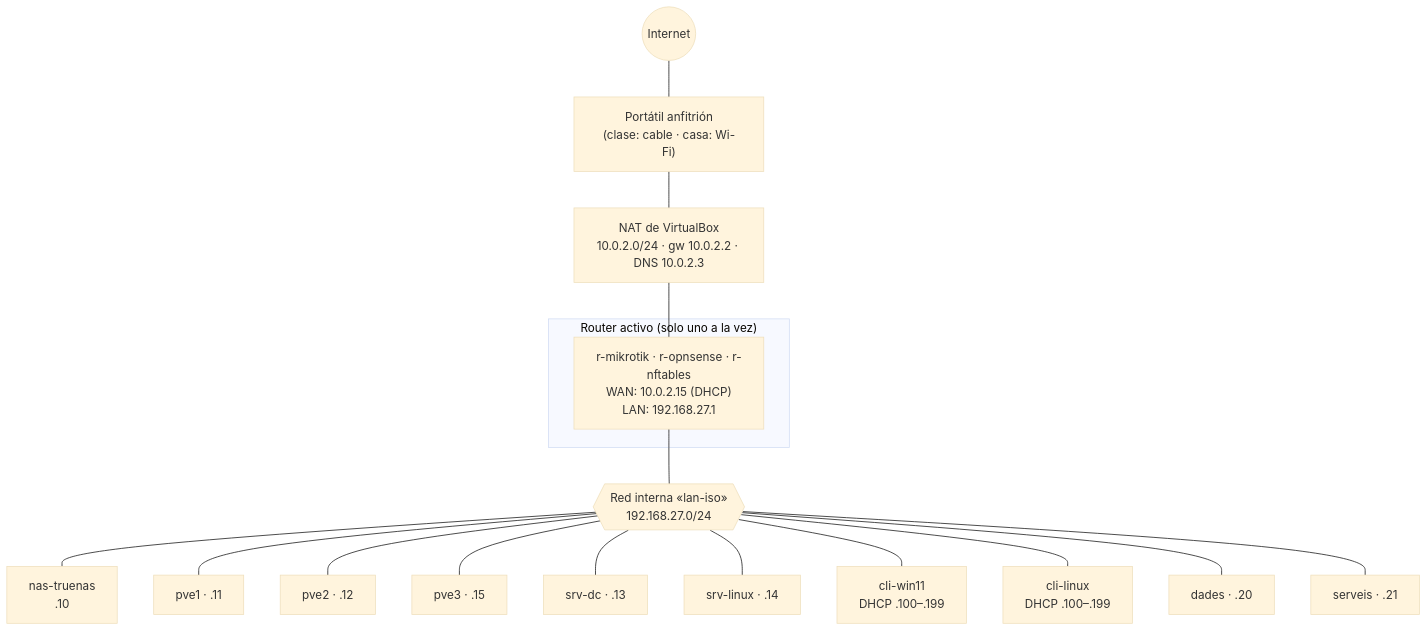
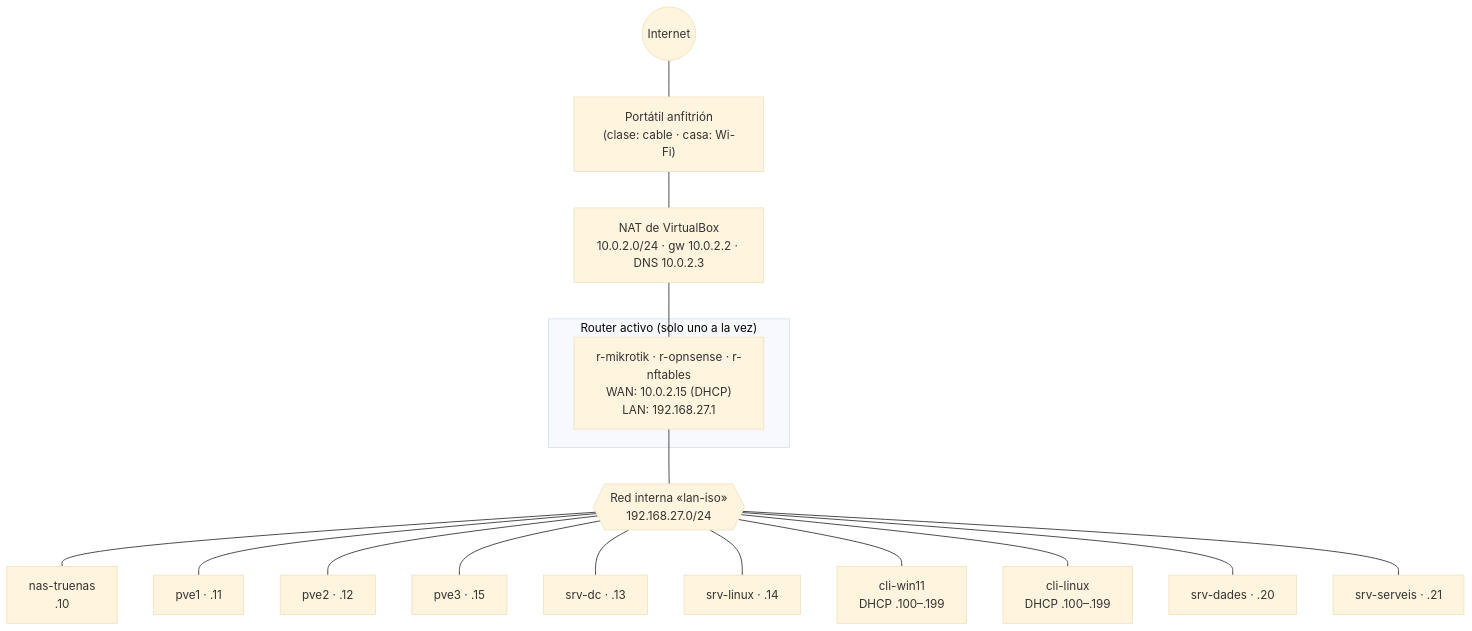
The diagram in docs/04-red.md (varo010/asix-individual-ISO), drawn with Mermaid (base theme) before and after one commit. The commit also changed other lines of this file and 5 other files, not shown here.

Commit message:
T6: RAID 5 en srv-dades y RAID 1 en srv-serveis (nombres nuevos de las Debian independientes)

````diff
--- a/docs/04-red.md
+++ b/docs/04-red.md
@@ -16,26 +16,26 @@
 ```mermaid
 flowchart TB
     INET((Internet))
     HOST["Portátil anfitrión<br/>(clase: cable · casa: Wi-Fi)"]
     NAT["NAT de VirtualBox<br/>10.0.2.0/24 · gw 10.0.2.2 · DNS 10.0.2.3"]
     INET --- HOST --- NAT
 
     subgraph ROUTER["Router activo (solo uno a la vez)"]
         R["r-mikrotik · r-opnsense · r-nftables<br/>WAN: 10.0.2.15 (DHCP)<br/>LAN: 192.168.27.1"]
     end
     NAT --- R
 
     LAN{{"Red interna «lan-iso»<br/>192.168.27.0/24"}}
     R --- LAN
 
     LAN --- NAS["nas-truenas<br/>.10"]
     LAN --- P1["pve1 · .11"]
     LAN --- P2["pve2 · .12"]
     LAN --- P3["pve3 · .15"]
     LAN --- DC["srv-dc · .13"]
     LAN --- SL["srv-linux · .14"]
     LAN --- W["cli-win11<br/>DHCP .100–.199"]
     LAN --- U["cli-linux<br/>DHCP .100–.199"]
-    LAN --- D1["dades · .20"]
-    LAN --- D2["serveis · .21"]
+    LAN --- D1["srv-dades · .20"]
+    LAN --- D2["srv-serveis · .21"]
 ```
````
